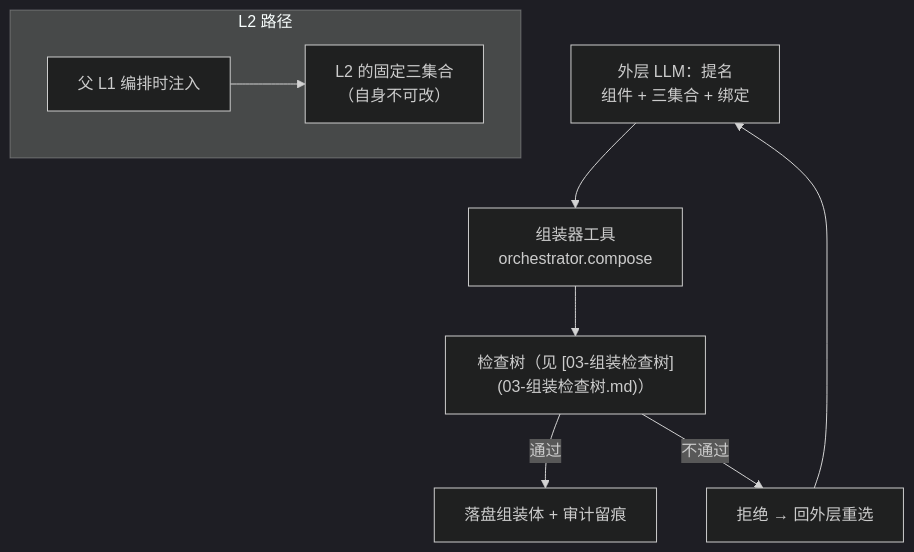
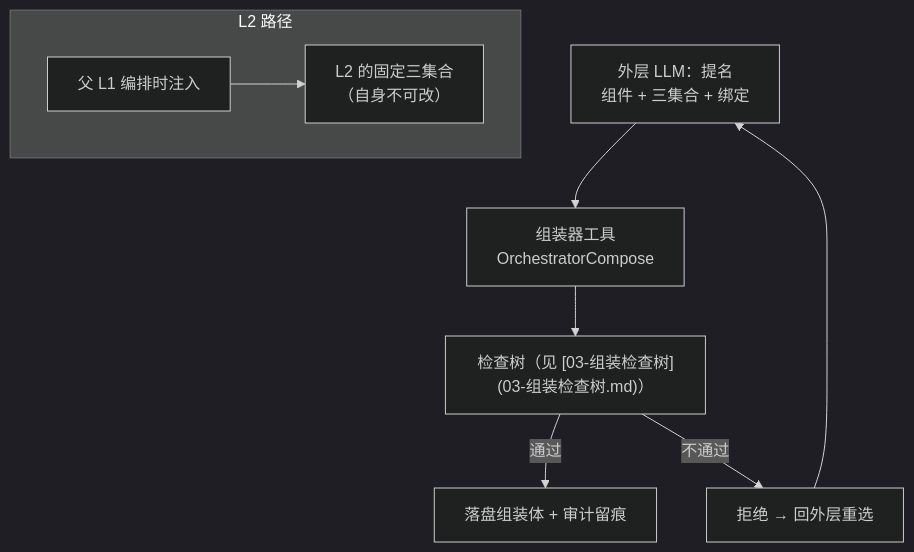
The diagram in Docs/Dev/L1编排设计/10-组件的三集合.md (linmowudie/CivitasAI), drawn with Mermaid (dark theme) before and after one commit. The commit also changed other lines of this file and 305 other files, not shown here.

````diff
--- a/Docs/Dev/L1编排设计/10-组件的三集合.md
+++ b/Docs/Dev/L1编排设计/10-组件的三集合.md
@@ -82,11 +82,11 @@
 ```mermaid
 flowchart TD
-  L["外层 LLM：提名<br/>组件 + 三集合 + 绑定"] --> C["组装器工具<br/>orchestrator.compose"]
+  L["外层 LLM：提名<br/>组件 + 三集合 + 绑定"] --> C["组装器工具<br/>OrchestratorCompose"]
   C --> V["检查树（见 [03-组装检查树](03-组装检查树.md)）"]
   V -- 通过 --> W["落盘组装体 + 审计留痕"]
   V -- 不通过 --> R["拒绝 → 回外层重选"]
   R --> L
   subgraph L2P["L2 路径"]
     P["父 L1 编排时注入"] --> W2["L2 的固定三集合<br/>（自身不可改）"]
   end
 ```
````
